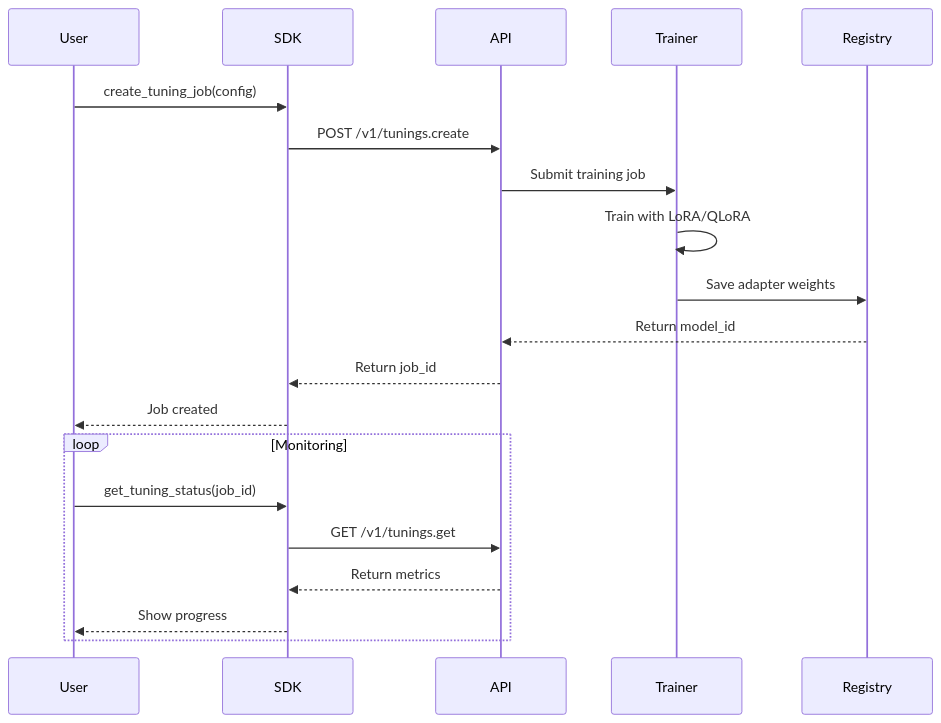
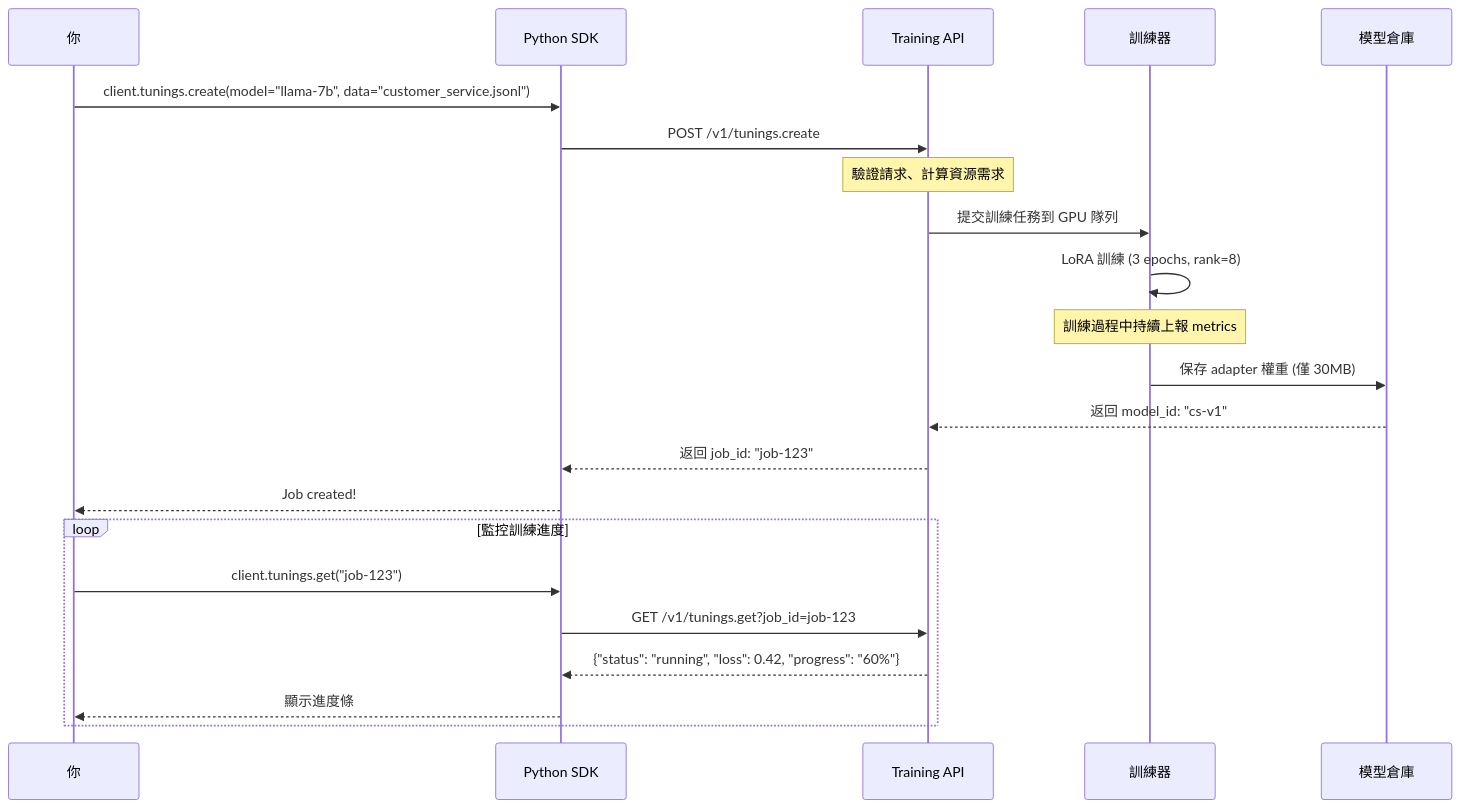
Before and after one commit to jieyao-MilestoneHub/edgeai: the first of 2 diagrams in Finetune/llm-tuning-lab/docs/00_overview.md, drawn with Mermaid. The commit also changed other lines of this file and 3 other files, not shown here.

````diff
--- a/Finetune/llm-tuning-lab/docs/00_overview.md
+++ b/Finetune/llm-tuning-lab/docs/00_overview.md
@@ -111,24 +159,26 @@
 ```mermaid
 sequenceDiagram
-    participant User
-    participant SDK
-    participant API
-    participant Trainer
-    participant Registry
+    participant User as 你
+    participant SDK as Python SDK
+    participant API as Training API
+    participant Trainer as 訓練器
+    participant Registry as 模型倉庫
 
-    User->>SDK: create_tuning_job(config)
+    User->>SDK: client.tunings.create(model="llama-7b", data="customer_service.jsonl")
     SDK->>API: POST /v1/tunings.create
-    API->>Trainer: Submit training job
-    Trainer->>Trainer: Train with LoRA/QLoRA
-    Trainer->>Registry: Save adapter weights
-    Registry-->>API: Return model_id
-    API-->>SDK: Return job_id
-    SDK-->>User: Job created
+    Note over API: 驗證請求、計算資源需求
+    API->>Trainer: 提交訓練任務到 GPU 隊列
+    Trainer->>Trainer: LoRA 訓練 (3 epochs, rank=8)
+    Note over Trainer: 訓練過程中持續上報 metrics
+    Trainer->>Registry: 保存 adapter 權重 (僅 30MB)
+    Registry-->>API: 返回 model_id: "cs-v1"
+    API-->>SDK: 返回 job_id: "job-123"
+    SDK-->>User: Job created!
 
-    loop Monitoring
-        User->>SDK: get_tuning_status(job_id)
-        SDK->>API: GET /v1/tunings.get
-        API-->>SDK: Return metrics
-        SDK-->>User: Show progress
+    loop 監控訓練進度
+        User->>SDK: client.tunings.get("job-123")
+        SDK->>API: GET /v1/tunings.get?job_id=job-123
+        API-->>SDK: {"status": "running", "loss": 0.42, "progress": "60%"}
+        SDK-->>User: 顯示進度條
     end
 ```
````
